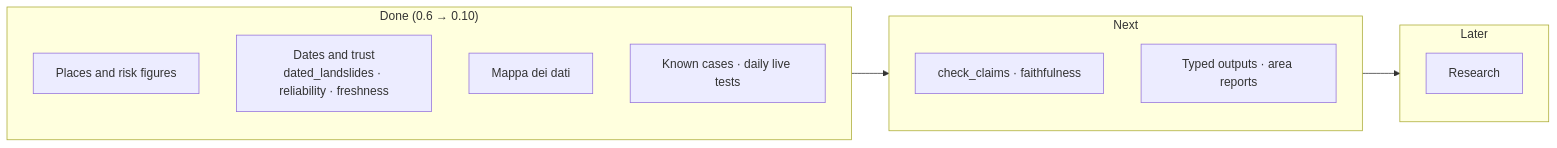
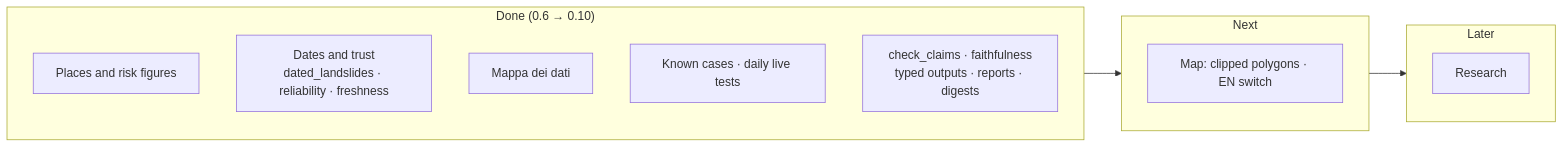
The diagram in docs/roadmap.md (agent-engineering-studio/ispra-idrogeo), drawn with Mermaid before and after one commit. The commit also changed other lines of this file and 19 other files, not shown here.

First line of the commit message:
feat: typed MCP outputs, idrogeo report and idrogeo digest (#23)

````diff
--- a/docs/roadmap.md
+++ b/docs/roadmap.md
@@ -47,20 +47,20 @@
 ```mermaid
 flowchart LR
     subgraph D["Done (0.6 → 0.10)"]
         direction TB
         P["Places and risk figures"]
         T["Dates and trust<br/>dated_landslides · reliability · freshness"]
         M["Mappa dei dati"]
         Q["Known cases · daily live tests"]
+        C["check_claims · faithfulness<br/>typed outputs · reports · digests"]
     end
     subgraph N["Next"]
         direction TB
-        C["check_claims · faithfulness"]
-        Y["Typed outputs · area reports"]
+        Y["Map: clipped polygons · EN switch"]
     end
     subgraph L["Later"]
         direction TB
         S["Research"]
     end
     D --> N --> L
 ```
````
